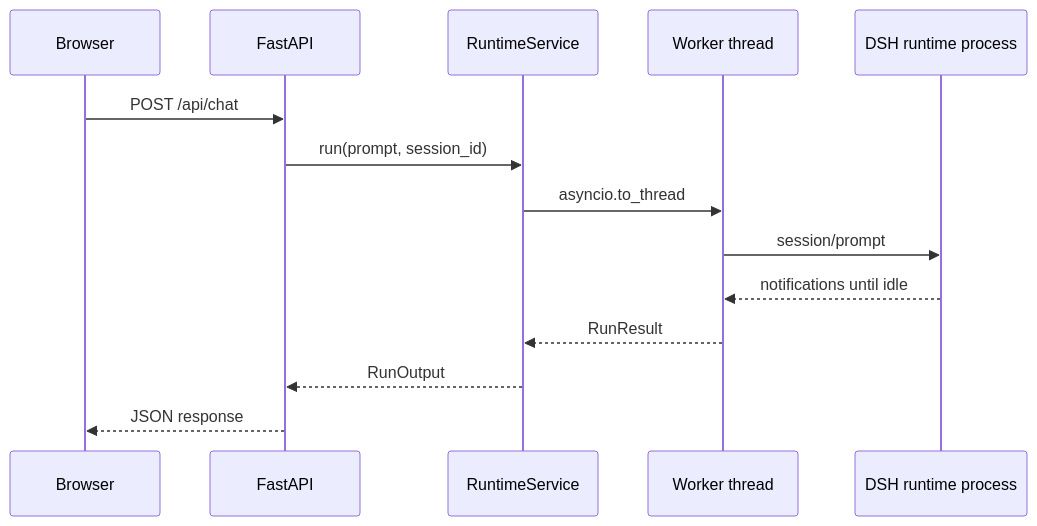
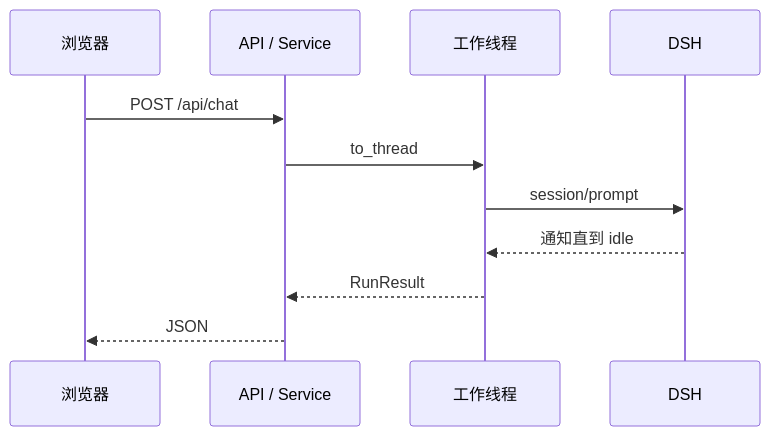
The diagram in tutorials/fastapi-101/src/dsh_fastapi_101/static/tutorials/01-blocking-api.md (eriklee1895/hands-on-dsh), drawn with Mermaid before and after one commit. The commit also changed other lines of this file and 86 other files, not shown here.

Commit message:
docs: improve course narrative, technical guidance, and diagrams

````diff
--- a/tutorials/fastapi-101/src/dsh_fastapi_101/static/tutorials/01-blocking-api.md
+++ b/tutorials/fastapi-101/src/dsh_fastapi_101/static/tutorials/01-blocking-api.md
@@ -31,16 +41,13 @@
 ```mermaid
 sequenceDiagram
-    participant Browser
-    participant FastAPI
-    participant RuntimeService
-    participant Worker as Worker thread
-    participant DSH as DSH runtime process
-    Browser->>FastAPI: POST /api/chat
-    FastAPI->>RuntimeService: run(prompt, session_id)
-    RuntimeService->>Worker: asyncio.to_thread
-    Worker->>DSH: session/prompt
-    DSH-->>Worker: notifications until idle
-    Worker-->>RuntimeService: RunResult
-    RuntimeService-->>FastAPI: RunOutput
-    FastAPI-->>Browser: JSON response
+    participant B as 浏览器
+    participant A as API / Service
+    participant T as 工作线程
+    participant D as DSH
+    B->>A: POST /api/chat
+    A->>T: to_thread
+    T->>D: session/prompt
+    D-->>T: 通知直到 idle
+    T-->>A: RunResult
+    A-->>B: JSON
 ```
````
